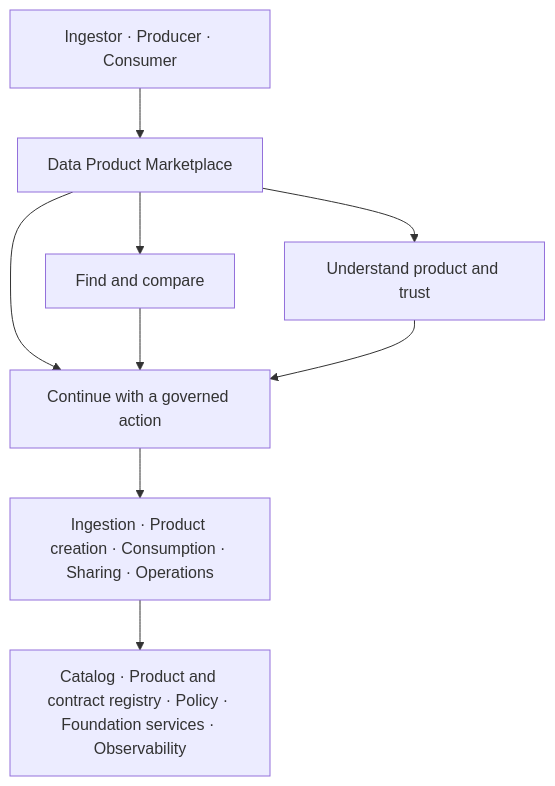
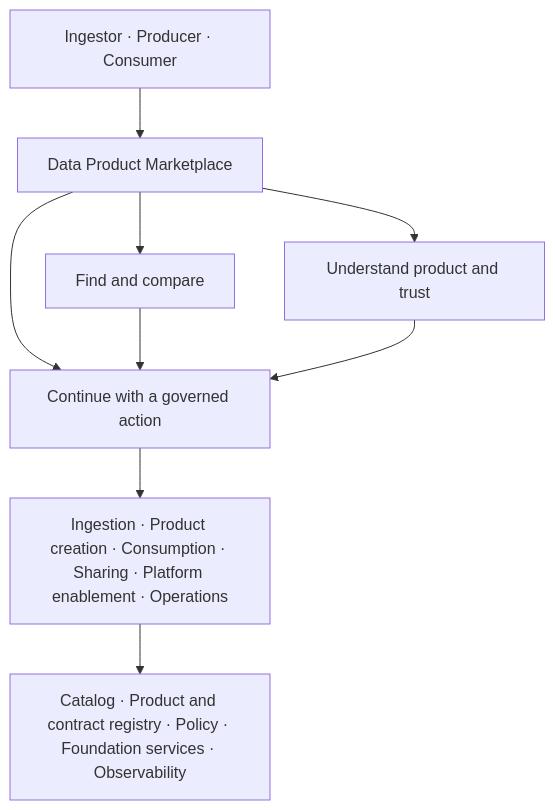
Before and after one commit to cong78/data-foundation-architecture: the second of 4 diagrams in docs/architecture/data-service-portal-model.md, drawn with Mermaid. The commit also changed other lines of this file and 23 other files, not shown here.

Commit message:
Add platform enablement service

````diff
--- a/docs/architecture/data-service-portal-model.md
+++ b/docs/architecture/data-service-portal-model.md
@@ -53,18 +53,18 @@
 ```mermaid
 flowchart TB
     USERS[Ingestor · Producer · Consumer]
     M[Data Product Marketplace]
     F[Find and compare]
     D[Understand product and trust]
     A[Continue with a governed action]
-    S[Ingestion · Product creation · Consumption · Sharing · Operations]
+    S[Ingestion · Product creation · Consumption · Sharing · Platform enablement · Operations]
     AUTH[Catalog · Product and contract registry · Policy · Foundation services · Observability]
 
     USERS --> M
     M --> F
     M --> D
     M --> A
     F --> A
     D --> A
     A --> S --> AUTH
 ```
````
